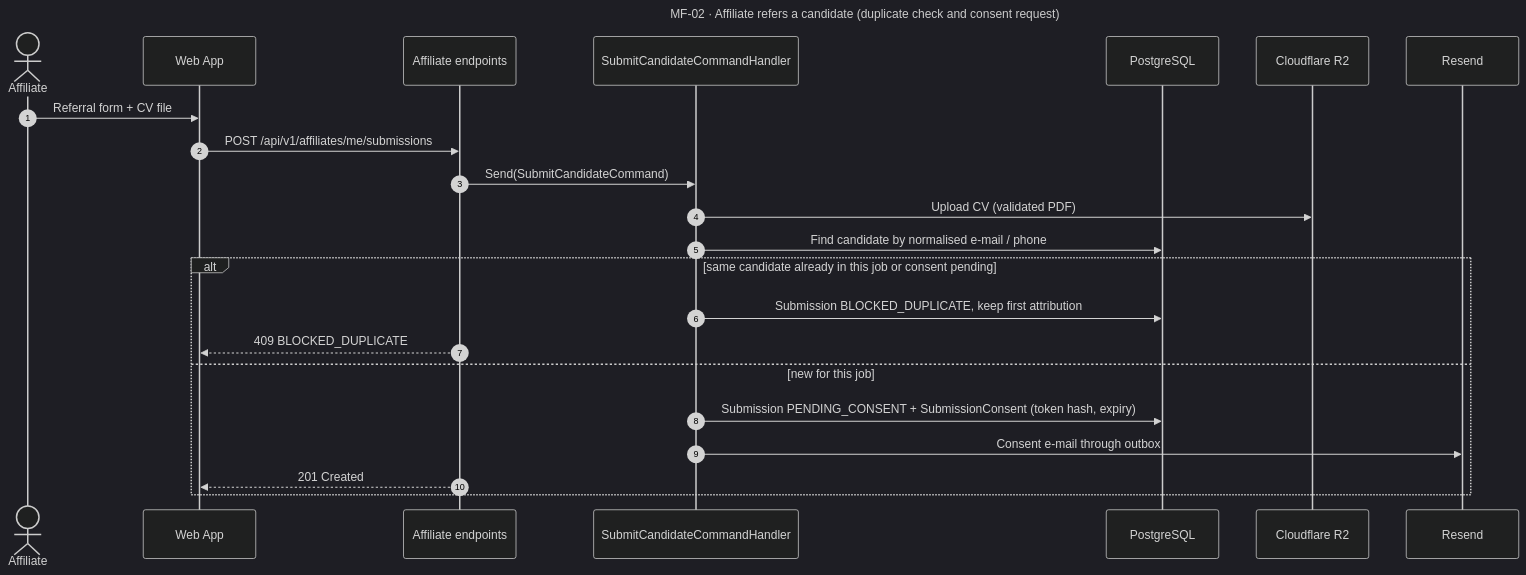
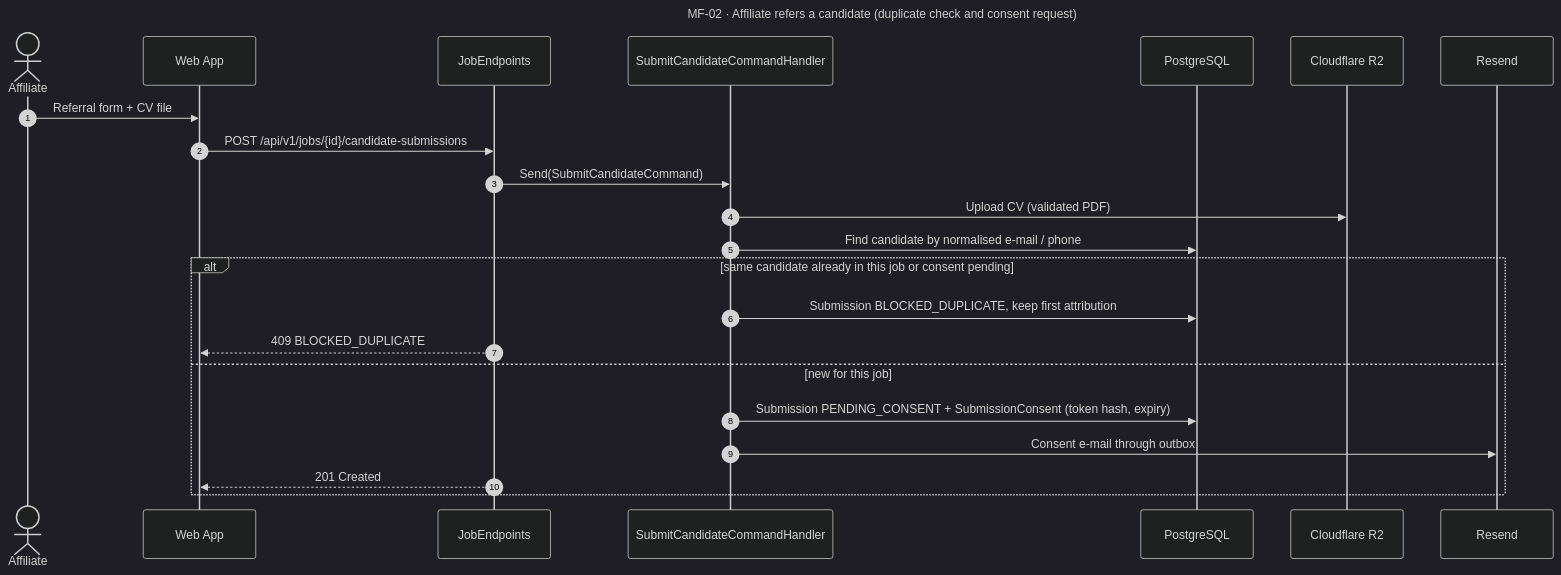
Before and after one commit to hoangqui794/hr-connect: the diagram in docs/diagrams/sequences/source/seq-mf02-affiliate-referral.mmd, drawn with Mermaid (dark theme). The commit also changed 34 other files, not shown here.

Commit message:
docs(diagrams): add candidate self-apply sequence and fix endpoint paths in MF-01..MF-04 sequences

```diff
--- a/docs/diagrams/sequences/source/seq-mf02-affiliate-referral.mmd
+++ b/docs/diagrams/sequences/source/seq-mf02-affiliate-referral.mmd
@@ -1,25 +1,25 @@
 ---
 title: MF-02 · Affiliate refers a candidate (duplicate check and consent request)
 ---
 sequenceDiagram
   autonumber
   actor AF as Affiliate
   participant FE as Web App
-  participant API as Affiliate endpoints
+  participant API as JobEndpoints
   participant H as SubmitCandidateCommandHandler
   participant DB as PostgreSQL
   participant R2 as Cloudflare R2
   participant MAIL as Resend
   AF->>FE: Referral form + CV file
-  FE->>API: POST /api/v1/affiliates/me/submissions
+  FE->>API: POST /api/v1/jobs/{id}/candidate-submissions
   API->>H: Send(SubmitCandidateCommand)
   H->>R2: Upload CV (validated PDF)
   H->>DB: Find candidate by normalised e-mail / phone
   alt same candidate already in this job or consent pending
   H->>DB: Submission BLOCKED_DUPLICATE, keep first attribution
   API-->>FE: 409 BLOCKED_DUPLICATE
   else new for this job
   H->>DB: Submission PENDING_CONSENT + SubmissionConsent (token hash, expiry)
   H->>MAIL: Consent e-mail through outbox
   API-->>FE: 201 Created
   end
```
